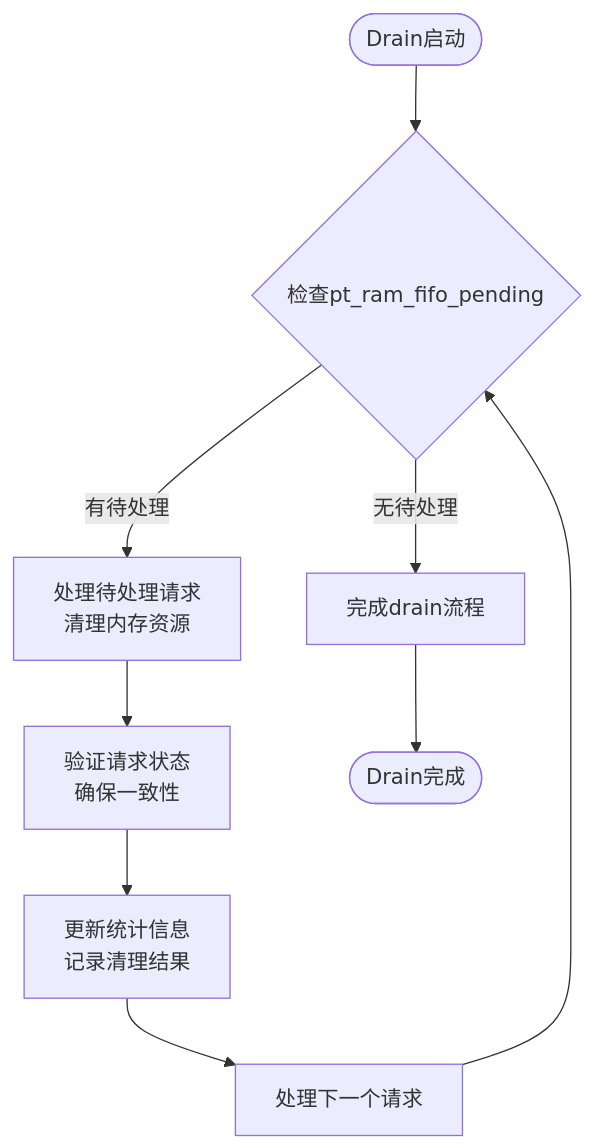
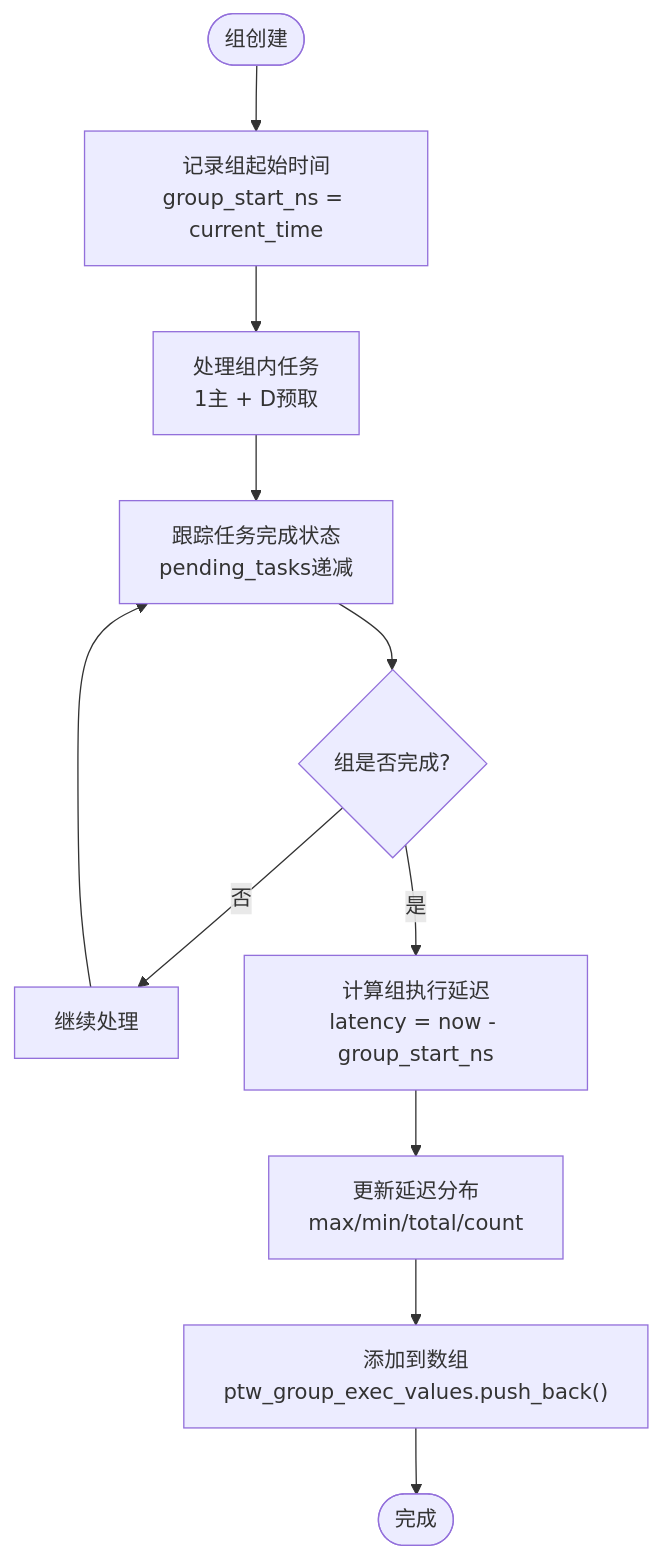
One commit to jiangjiang1122/iommu_model_20260401_v1 changed the sixth of 12 diagrams in .qoder/repowiki/zh/content/性能模型/性能指标与统计.md. Above: the diagram before and after it, drawn with Mermaid. The commit also changed other lines of this file and 55 other files, not shown here.

````diff
--- a/.qoder/repowiki/zh/content/性能模型/性能指标与统计.md
+++ b/.qoder/repowiki/zh/content/性能模型/性能指标与统计.md
@@ -417,11 +405,13 @@
 ```mermaid
 flowchart TD
-Start(["Drain启动"]) --> CheckPending{"检查pt_ram_fifo_pending"}
-CheckPending --> |有待处理| ProcessPending["处理待处理请求<br/>清理内存资源"]
-CheckPending --> |无待处理| CompleteDrain["完成drain流程"]
-ProcessPending --> ValidateState["验证请求状态<br/>确保一致性"]
-ValidateState --> UpdateStats["更新统计信息<br/>记录清理结果"]
-UpdateStats --> NextRequest["处理下一个请求"]
-NextRequest --> CheckPending
-CompleteDrain --> End(["Drain完成"])
+Start(["组创建"]) --> RecordStart["记录组起始时间<br/>group_start_ns = current_time"]
+RecordStart --> ProcessTasks["处理组内任务<br/>1主 + D预取"]
+ProcessTasks --> TrackCompletion["跟踪任务完成状态<br/>pending_tasks递减"]
+TrackCompletion --> CheckComplete{"组是否完成?"}
+CheckComplete --> |否| Continue["继续处理"]
+CheckComplete --> |是| CalcLatency["计算组执行延迟<br/>latency = now - group_start_ns"]
+CalcLatency --> UpdateDist["更新延迟分布<br/>max/min/total/count"]
+UpdateDist --> AddToArray["添加到数组<br/>ptw_group_exec_values.push_back()"]
+AddToArray --> End(["完成"])
+Continue --> TrackCompletion
 ```
````
